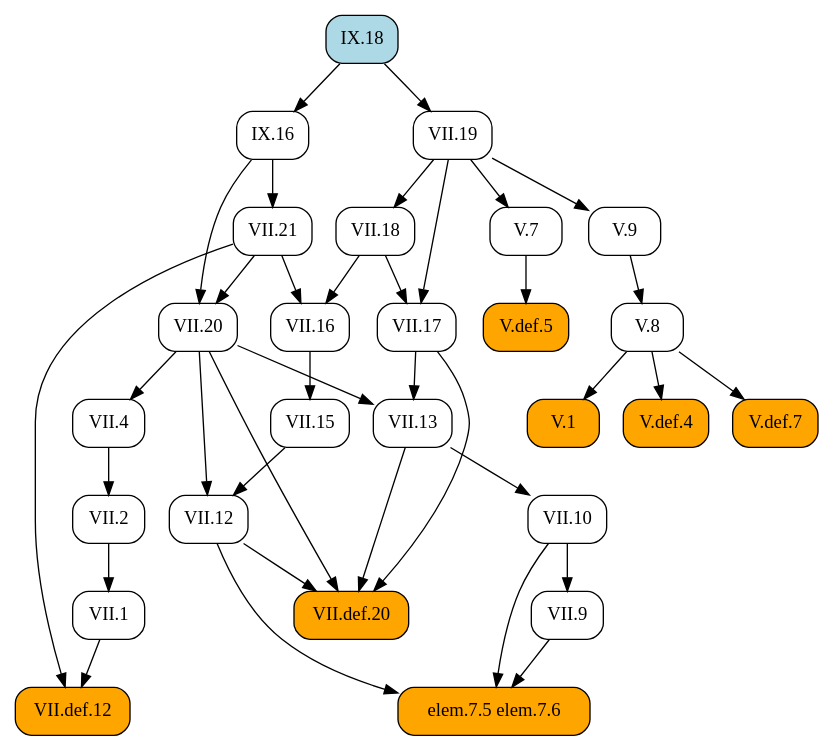
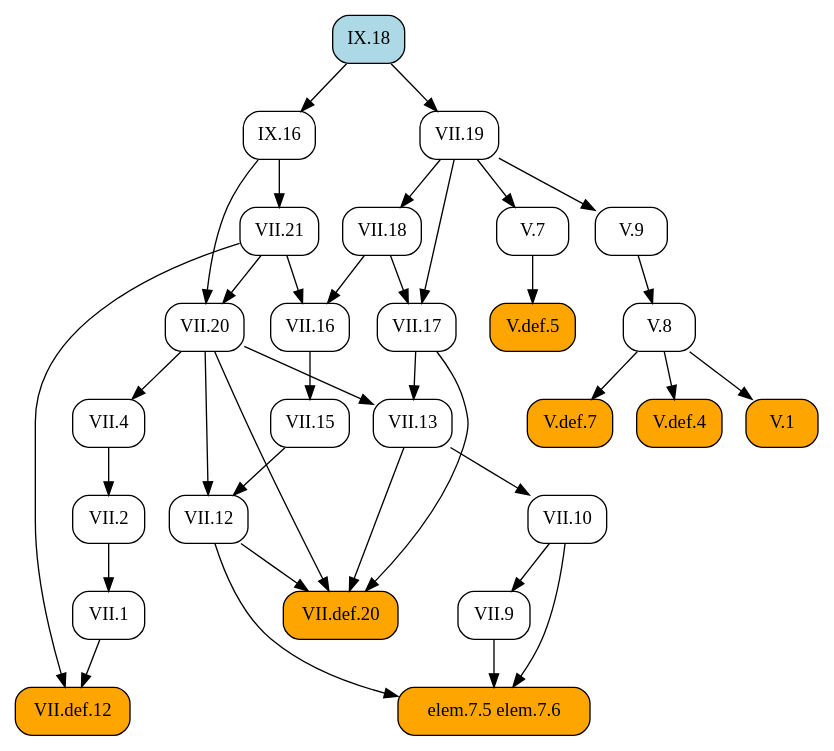
Before and after one commit to geometor/elements: the diagram in docsrc/heath/IX/18/index.rst, drawn with Graphviz. The commit also changed other lines of this file and 484 other files, not shown here.

```diff
--- a/docsrc/heath/IX/18/index.rst
+++ b/docsrc/heath/IX/18/index.rst
@@ -52,68 +52,68 @@
 .. graphviz::
 
    digraph {
      rankdir="TB";
      node [shape=box, style=rounded];
-     "VII.def.12" [style="rounded,filled", fillcolor=orange, URL="/heath/VII/def.12/", target="_top"];
-     "V.8" [URL="/heath/V/8/", target="_top"];
+     "VII.12" [URL="/heath/VII/12/", target="_top"];
+     "elem.7.5 elem.7.6" [style="rounded,filled", fillcolor=orange];
+     "V.def.7" [style="rounded,filled", fillcolor=orange, URL="/heath/V/def.7/", target="_top"];
+     "VII.9" [URL="/heath/VII/9/", target="_top"];
+     "IX.18" [style="rounded,filled", fillcolor=lightblue, URL="/heath/IX/18/", target="_top"];
+     "VII.18" [URL="/heath/VII/18/", target="_top"];
+     "VII.16" [URL="/heath/VII/16/", target="_top"];
+     "V.7" [URL="/heath/V/7/", target="_top"];
+     "VII.21" [URL="/heath/VII/21/", target="_top"];
+     "IX.16" [URL="/heath/IX/16/", target="_top"];
+     "V.def.5" [style="rounded,filled", fillcolor=orange, URL="/heath/V/def.5/", target="_top"];
+     "V.def.4" [style="rounded,filled", fillcolor=orange, URL="/heath/V/def.4/", target="_top"];
+     "V.9" [URL="/heath/V/9/", target="_top"];
      "VII.1" [URL="/heath/VII/1/", target="_top"];
      "VII.10" [URL="/heath/VII/10/", target="_top"];
-     "VII.9" [URL="/heath/VII/9/", target="_top"];
-     "IX.16" [URL="/heath/IX/16/", target="_top"];
-     "V.def.5" [style="rounded,filled", fillcolor=orange, URL="/heath/V/def.5/", target="_top"];
-     "VII.19" [URL="/heath/VII/19/", target="_top"];
-     "VII.18" [URL="/heath/VII/18/", target="_top"];
-     "IX.18" [style="rounded,filled", fillcolor=lightblue, URL="/heath/IX/18/", target="_top"];
-     "VII.16" [URL="/heath/VII/16/", target="_top"];
+     "V.8" [URL="/heath/V/8/", target="_top"];
+     "VII.13" [URL="/heath/VII/13/", target="_top"];
      "VII.4" [URL="/heath/VII/4/", target="_top"];
-     "VII.21" [URL="/heath/VII/21/", target="_top"];
+     "VII.def.12" [style="rounded,filled", fillcolor=orange, URL="/heath/VII/def.12/", target="_top"];
+     "VII.20" [URL="/heath/VII/20/", target="_top"];
      "V.1" [style="rounded,filled", fillcolor=orange, URL="/heath/V/1/", target="_top"];
      "VII.17" [URL="/heath/VII/17/", target="_top"];
-     "elem.7.5 elem.7.6" [style="rounded,filled", fillcolor=orange];
-     "VII.20" [URL="/heath/VII/20/", target="_top"];
-     "V.7" [URL="/heath/V/7/", target="_top"];
-     "V.9" [URL="/heath/V/9/", target="_top"];
-     "V.def.4" [style="rounded,filled", fillcolor=orange, URL="/heath/V/def.4/", target="_top"];
-     "VII.13" [URL="/heath/VII/13/", target="_top"];
+     "VII.19" [URL="/heath/VII/19/", target="_top"];
      "VII.2" [URL="/heath/VII/2/", target="_top"];
-     "V.def.7" [style="rounded,filled", fillcolor=orange, URL="/heath/V/def.7/", target="_top"];
-     "VII.12" [URL="/heath/VII/12/", target="_top"];
+     "VII.def.20" [style="rounded,filled", fillcolor=orange, URL="/heath/VII/def.20/", target="_top"];
      "VII.15" [URL="/heath/VII/15/", target="_top"];
-     "VII.def.20" [style="rounded,filled", fillcolor=orange, URL="/heath/VII/def.20/", target="_top"];
-     "VII.1" -> "VII.def.12";
-     "VII.21" -> "VII.def.12";
-     "V.9" -> "V.8";
-     "VII.2" -> "VII.1";
-     "VII.13" -> "VII.10";
+     "VII.15" -> "VII.12";
+     "VII.20" -> "VII.12";
+     "VII.9" -> "elem.7.5 elem.7.6";
+     "VII.10" -> "elem.7.5 elem.7.6";
+     "VII.12" -> "elem.7.5 elem.7.6";
+     "V.8" -> "V.def.7";
      "VII.10" -> "VII.9";
-     "IX.18" -> "IX.16";
-     "V.7" -> "V.def.5";
-     "IX.18" -> "VII.19";
      "VII.19" -> "VII.18";
      "VII.18" -> "VII.16";
      "VII.21" -> "VII.16";
+     "VII.19" -> "V.7";
+     "IX.16" -> "VII.21";
+     "IX.18" -> "IX.16";
+     "V.7" -> "V.def.5";
+     "V.8" -> "V.def.4";
+     "VII.19" -> "V.9";
+     "VII.2" -> "VII.1";
+     "VII.13" -> "VII.10";
+     "V.9" -> "V.8";
+     "VII.17" -> "VII.13";
+     "VII.20" -> "VII.13";
      "VII.20" -> "VII.4";
-     "IX.16" -> "VII.21";
+     "VII.1" -> "VII.def.12";
+     "VII.21" -> "VII.def.12";
+     "VII.21" -> "VII.20";
+     "IX.16" -> "VII.20";
      "V.8" -> "V.1";
      "VII.18" -> "VII.17";
      "VII.19" -> "VII.17";
-     "VII.9" -> "elem.7.5 elem.7.6";
-     "VII.10" -> "elem.7.5 elem.7.6";
-     "VII.12" -> "elem.7.5 elem.7.6";
-     "VII.21" -> "VII.20";
-     "IX.16" -> "VII.20";
-     "VII.19" -> "V.7";
-     "VII.19" -> "V.9";
-     "V.8" -> "V.def.4";
-     "VII.17" -> "VII.13";
-     "VII.20" -> "VII.13";
+     "IX.18" -> "VII.19";
      "VII.4" -> "VII.2";
-     "V.8" -> "V.def.7";
-     "VII.15" -> "VII.12";
-     "VII.20" -> "VII.12";
-     "VII.16" -> "VII.15";
      "VII.12" -> "VII.def.20";
      "VII.13" -> "VII.def.20";
      "VII.17" -> "VII.def.20";
      "VII.20" -> "VII.def.20";
+     "VII.16" -> "VII.15";
    }
```
